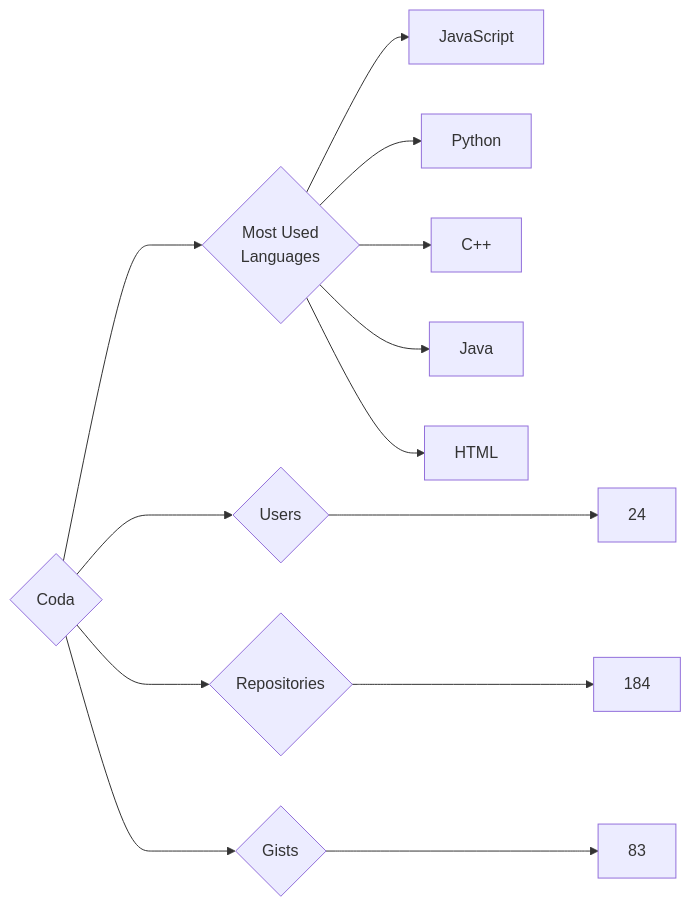
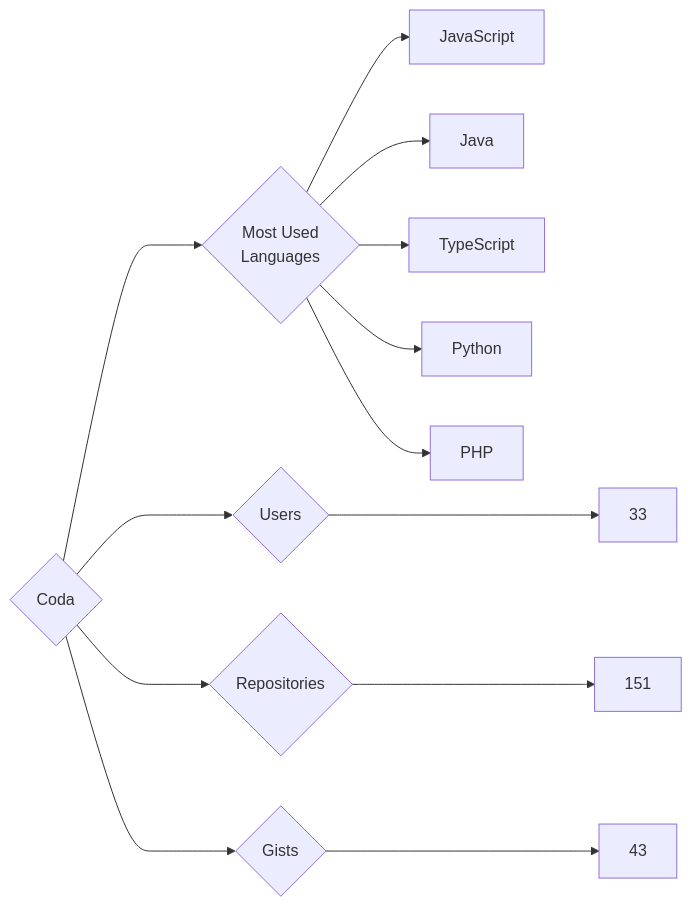
Before and after one commit to trickest/insiders: the diagram in targets/Coda/README.md, drawn with Mermaid. The commit also changed 838 other files, not shown here.

````diff
--- a/targets/Coda/README.md
+++ b/targets/Coda/README.md
@@ -3,13 +3,13 @@
 ```mermaid
 graph LR
 COMPANY_NAME{Coda}
-COMPANY_NAME ---> U{Users} ---> UN[24]
-COMPANY_NAME ---> R{Repositories} ---> RN[184]
-COMPANY_NAME ---> G{Gists} ---> GN[83]
+COMPANY_NAME ---> U{Users} ---> UN[33]
+COMPANY_NAME ---> R{Repositories} ---> RN[151]
+COMPANY_NAME ---> G{Gists} ---> GN[43]
 COMPANY_NAME ---> ML{Most Used<br>Languages}
 ML --> JavaScript[JavaScript]
+ML --> Java[Java]
+ML --> TypeScript[TypeScript]
 ML --> Python[Python]
-ML --> C++[C++]
-ML --> Java[Java]
-ML --> HTML[HTML]
+ML --> PHP[PHP]
 ```
````
